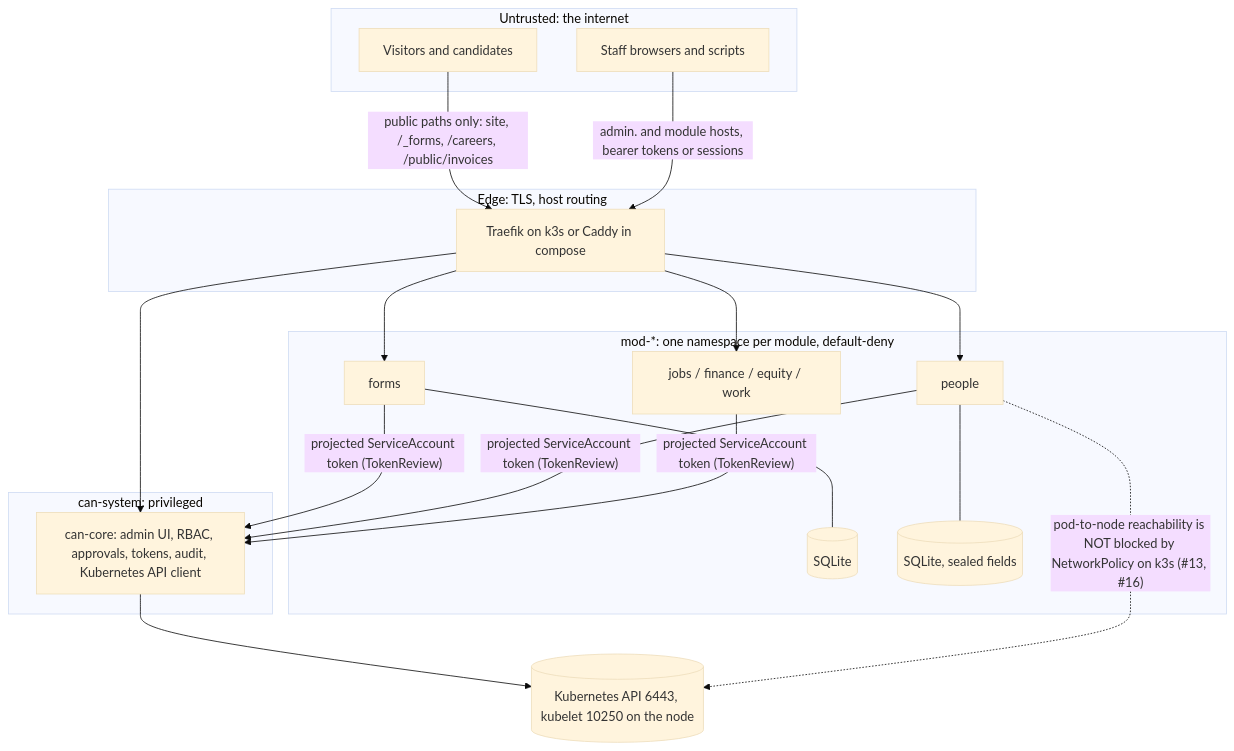
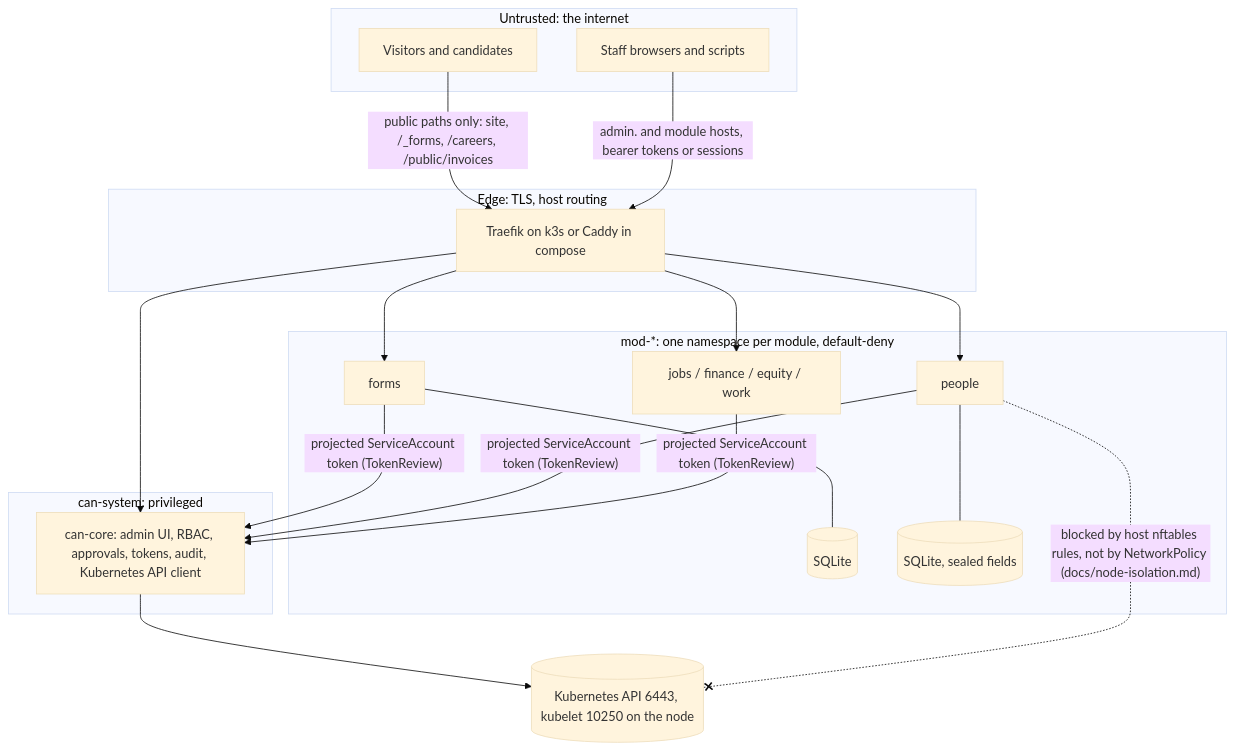
One commit to dodwmd/companyinacan changed the diagram in docs/security-model.md. Above: the diagram before and after it, drawn with Mermaid (base theme). The commit also changed other lines of this file and 12 other files, not shown here.

````diff
--- a/docs/security-model.md
+++ b/docs/security-model.md
@@ -11,28 +11,28 @@
 ```mermaid
 flowchart TB
   subgraph internet [Untrusted: the internet]
     V[Visitors and candidates]
     U[Staff browsers and scripts]
   end
   subgraph edge [Edge: TLS, host routing]
     T[Traefik on k3s or Caddy in compose]
   end
   subgraph platform [can-system: privileged]
     C[can-core: admin UI, RBAC, approvals, tokens, audit, Kubernetes API client]
   end
   subgraph mods [mod-*: one namespace per module, default-deny]
     M1[forms] --- D1[(SQLite)]
     M2[people] --- D2[(SQLite, sealed fields)]
     M3[jobs / finance / equity / work]
   end
   K[(Kubernetes API 6443, kubelet 10250 on the node)]
   V -->|public paths only: site, /_forms, /careers, /public/invoices| T
   U -->|admin. and module hosts, bearer tokens or sessions| T
   T --> C
   T --> M1
   T --> M2
   T --> M3
   M1 & M2 & M3 -->|"projected ServiceAccount token (TokenReview)"| C
   C --> K
-  M2 -. "pod-to-node reachability is NOT blocked by NetworkPolicy on k3s (#13, #16)" .-> K
+  M2 -. "blocked by host nftables rules, not by NetworkPolicy (docs/node-isolation.md)" .-x K
 ```
````
